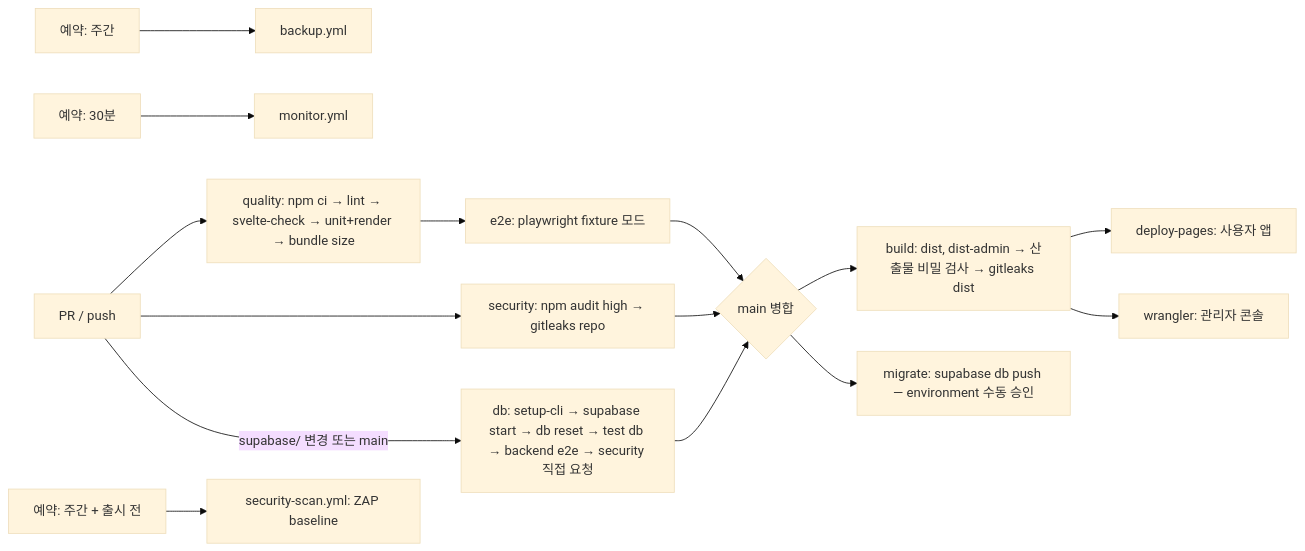
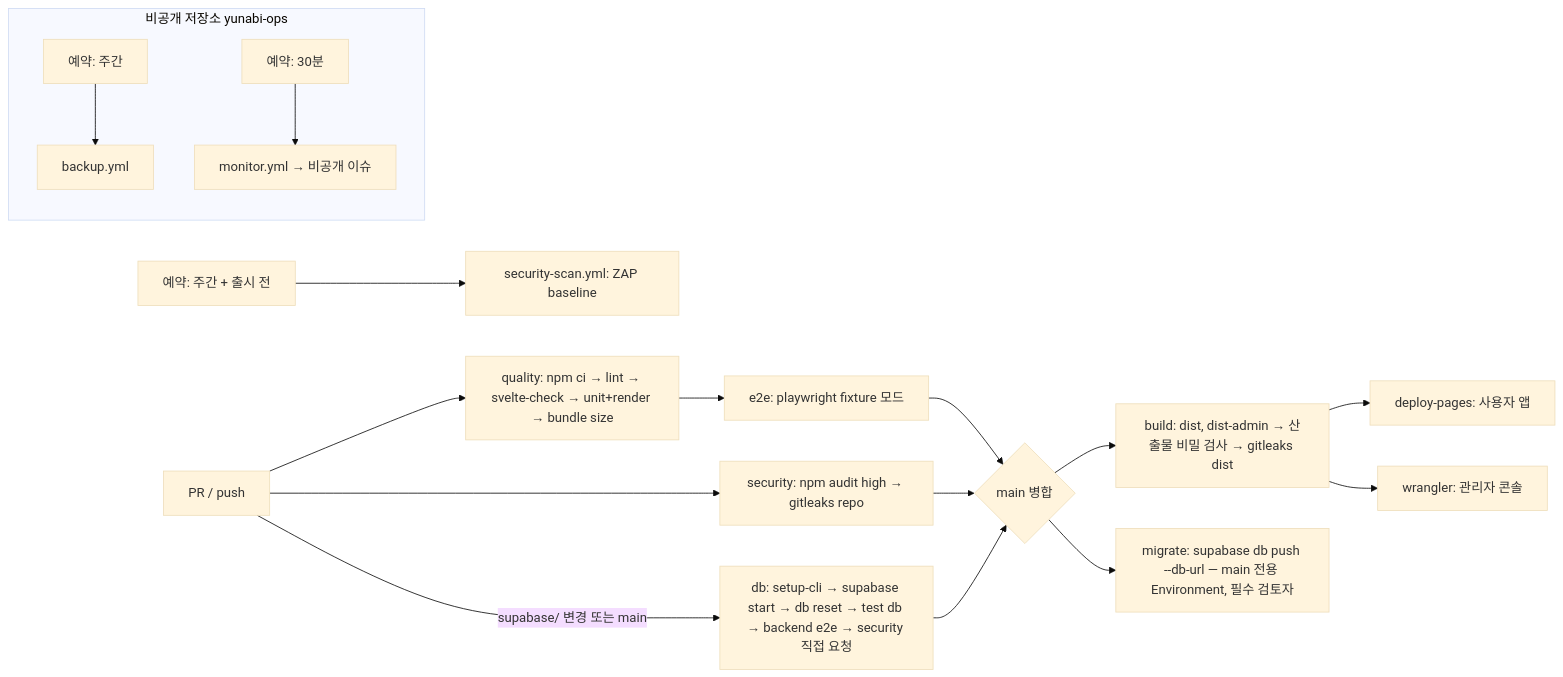
Before and after one commit to underthesun7213/yui-board: the ninth of 9 diagrams in docs/architecture/rfc/0003-yunabi-v2.md, drawn with Mermaid (base theme). The commit also changed other lines of this file and 10 other files, not shown here.

````diff
--- a/docs/architecture/rfc/0003-yunabi-v2.md
+++ b/docs/architecture/rfc/0003-yunabi-v2.md
@@ -768,15 +813,17 @@
 ```mermaid
 flowchart LR
   PR[PR / push] --> Q[quality: npm ci → lint → svelte-check → unit+render → bundle size]
   PR --> SEC[security: npm audit high → gitleaks repo]
   Q --> E2E[e2e: playwright fixture 모드]
   PR -->|supabase/ 변경 또는 main| DB[db: setup-cli → supabase start → db reset → test db → backend e2e → security 직접 요청]
   E2E & DB & SEC --> M{main 병합}
   M --> BUILD[build: dist, dist-admin → 산출물 비밀 검사 → gitleaks dist]
   BUILD --> PAGES[deploy-pages: 사용자 앱]
   BUILD --> CF[wrangler: 관리자 콘솔]
-  M --> MIG[migrate: supabase db push — environment 수동 승인]
-  CRON1[예약: 주간] --> BK[backup.yml]
-  CRON2[예약: 30분] --> MON[monitor.yml]
+  M --> MIG[migrate: supabase db push --db-url — main 전용 Environment, 필수 검토자]
   CRON3[예약: 주간 + 출시 전] --> ZAP[security-scan.yml: ZAP baseline]
+  subgraph OPS["비공개 저장소 yunabi-ops"]
+    CRON1[예약: 주간] --> BK[backup.yml]
+    CRON2[예약: 30분] --> MON[monitor.yml → 비공개 이슈]
+  end
 ```
````
